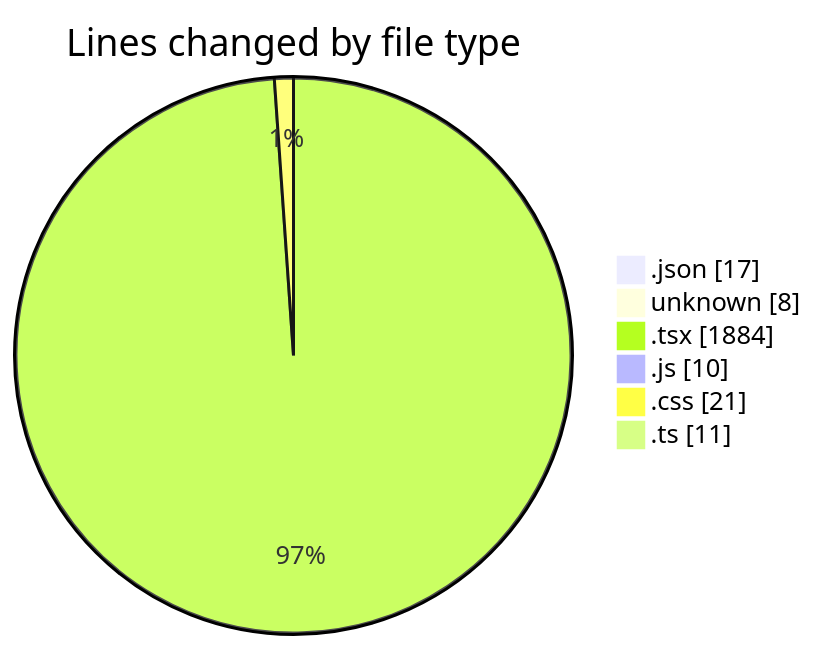
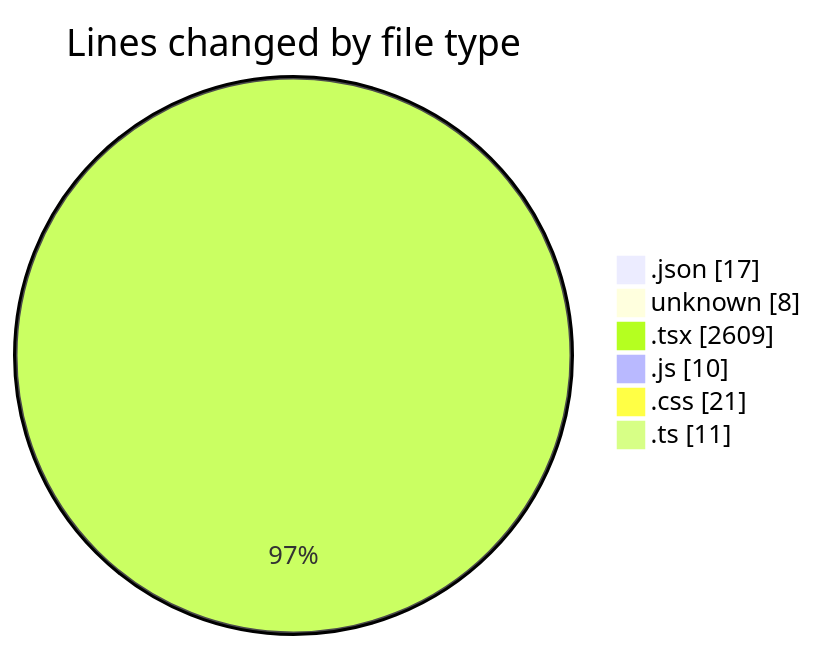
Before and after one commit to Elitesun/code-tracking: the first of 2 diagrams in 2025-05-02/niten/README.md, drawn with Mermaid. The commit also changed other lines of this file and 1 other file, not shown here.

````diff
--- a/2025-05-02/niten/README.md
+++ b/2025-05-02/niten/README.md
@@ -38,10 +38,10 @@
 ```mermaid
 pie showData
 title Lines changed by file type
 ".json" : 17
 "unknown" : 8
-".tsx" : 1884
+".tsx" : 2609
 ".js" : 10
 ".css" : 21
 ".ts" : 11
 ```
````
